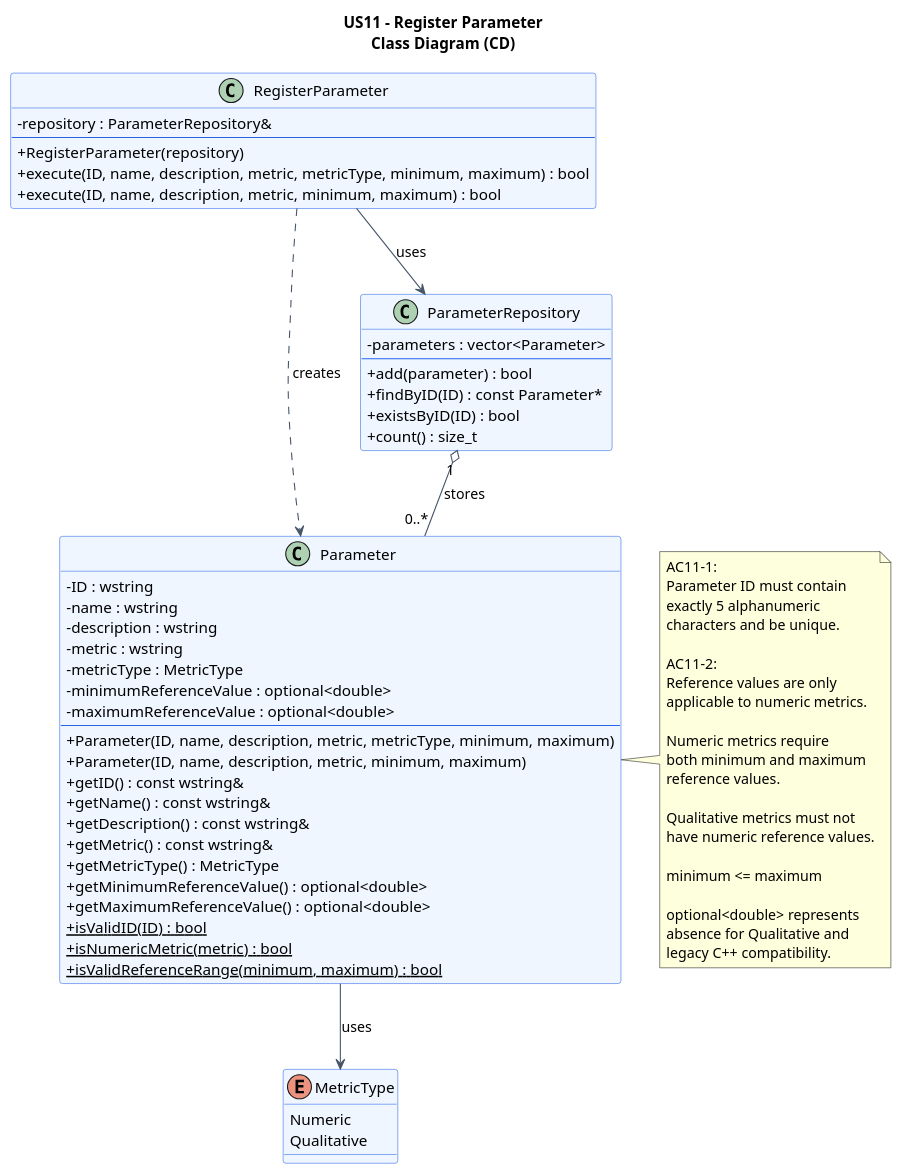
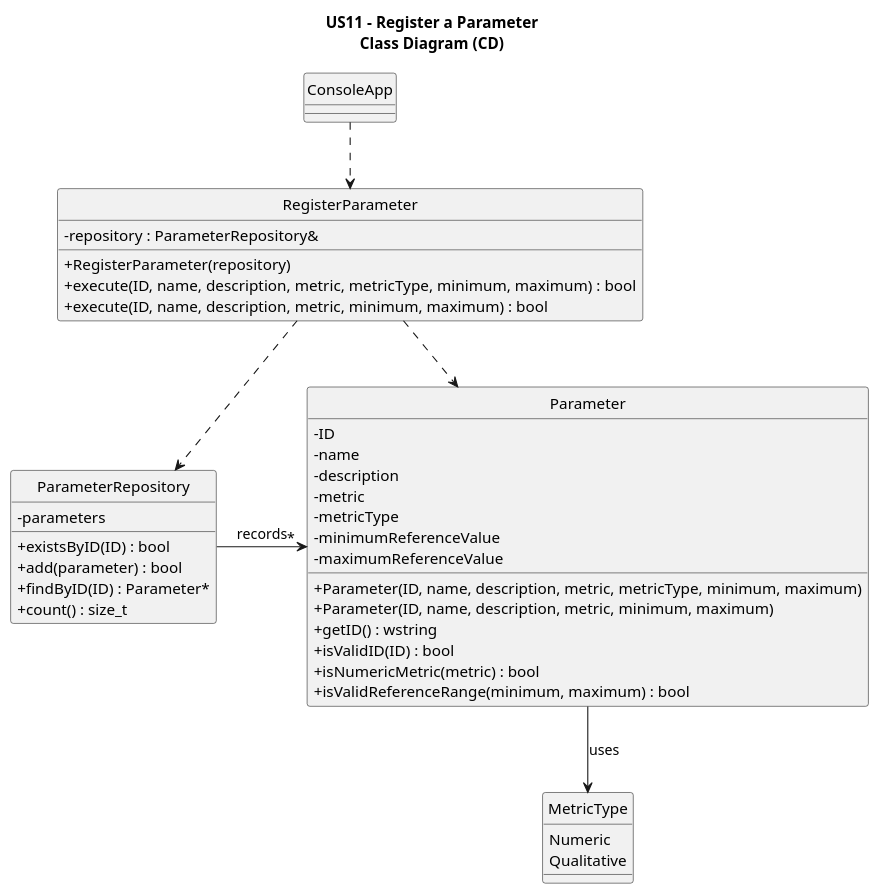
The diagram in docs/system-documentation/US11/puml/US11-CD.puml (jmaia574/leti-esoft-26-27-B6), drawn with PlantUML before and after one commit. The commit also changed 7 other files, not shown here.

```diff
--- a/docs/system-documentation/US11/puml/US11-CD.puml
+++ b/docs/system-documentation/US11/puml/US11-CD.puml
@@ -1,86 +1,53 @@
 @startuml
+title US11 - Register a Parameter\nClass Diagram (CD)
 
-title US11 - Register Parameter\nClass Diagram (CD)
+hide circle
+skinparam classAttributeIconSize 0
 
-skinparam backgroundColor #FFFFFF
-skinparam shadowing false
-skinparam classAttributeIconSize 0
-skinparam classBorderColor #2563EB
-skinparam classBackgroundColor #EFF6FF
-skinparam ArrowColor #475569
+class ConsoleApp {
+}
+
+class RegisterParameter {
+    -repository : ParameterRepository&
+    +RegisterParameter(repository)
+    +execute(ID, name, description, metric, metricType, minimum, maximum) : bool
+    +execute(ID, name, description, metric, minimum, maximum) : bool
+}
+
+class ParameterRepository {
+    -parameters
+    +existsByID(ID) : bool
+    +add(parameter) : bool
+    +findByID(ID) : Parameter*
+    +count() : size_t
+}
+
+class Parameter {
+    -ID
+    -name
+    -description
+    -metric
+    -metricType
+    -minimumReferenceValue
+    -maximumReferenceValue
+    +Parameter(ID, name, description, metric, metricType, minimum, maximum)
+    +Parameter(ID, name, description, metric, minimum, maximum)
+    +getID() : wstring
+    +isValidID(ID) : bool
+    +isNumericMetric(metric) : bool
+    +isValidReferenceRange(minimum, maximum) : bool
+}
 
 enum MetricType {
     Numeric
     Qualitative
 }
 
-class Parameter {
-    - ID : wstring
-    - name : wstring
-    - description : wstring
-    - metric : wstring
-    - metricType : MetricType
-    - minimumReferenceValue : optional<double>
-    - maximumReferenceValue : optional<double>
-    --
-    + Parameter(ID, name, description, metric, metricType, minimum, maximum)
-    + Parameter(ID, name, description, metric, minimum, maximum)
-    + getID() : const wstring&
-    + getName() : const wstring&
-    + getDescription() : const wstring&
-    + getMetric() : const wstring&
-    + getMetricType() : MetricType
-    + getMinimumReferenceValue() : optional<double>
-    + getMaximumReferenceValue() : optional<double>
-    + {static} isValidID(ID) : bool
-    + {static} isNumericMetric(metric) : bool
-    + {static} isValidReferenceRange(minimum, maximum) : bool
-}
+ConsoleApp ..> RegisterParameter
+RegisterParameter ..> ParameterRepository
+RegisterParameter ..> Parameter
 
-class ParameterRepository {
-    - parameters : vector<Parameter>
-    --
-    + add(parameter) : bool
-    + findByID(ID) : const Parameter*
-    + existsByID(ID) : bool
-    + count() : size_t
-}
-
-class RegisterParameter {
-    - repository : ParameterRepository&
-    --
-    + RegisterParameter(repository)
-    + execute(ID, name, description, metric, metricType, minimum, maximum) : bool
-    + execute(ID, name, description, metric, minimum, maximum) : bool
-}
-
+ParameterRepository -> "  * " Parameter : records
 Parameter --> MetricType : uses
-ParameterRepository "1" o-- "0..*" Parameter : stores
-RegisterParameter --> ParameterRepository : uses
-RegisterParameter ..> Parameter : creates
-
-note right of Parameter
-AC11-1:
-Parameter ID must contain
-exactly 5 alphanumeric
-characters and be unique.
-
-AC11-2:
-Reference values are only
-applicable to numeric metrics.
-
-Numeric metrics require
-both minimum and maximum
-reference values.
-
-Qualitative metrics must not
-have numeric reference values.
-
-minimum <= maximum
-
-optional<double> represents
-absence for Qualitative and
-legacy C++ compatibility.
-end note
 
 @enduml
```
